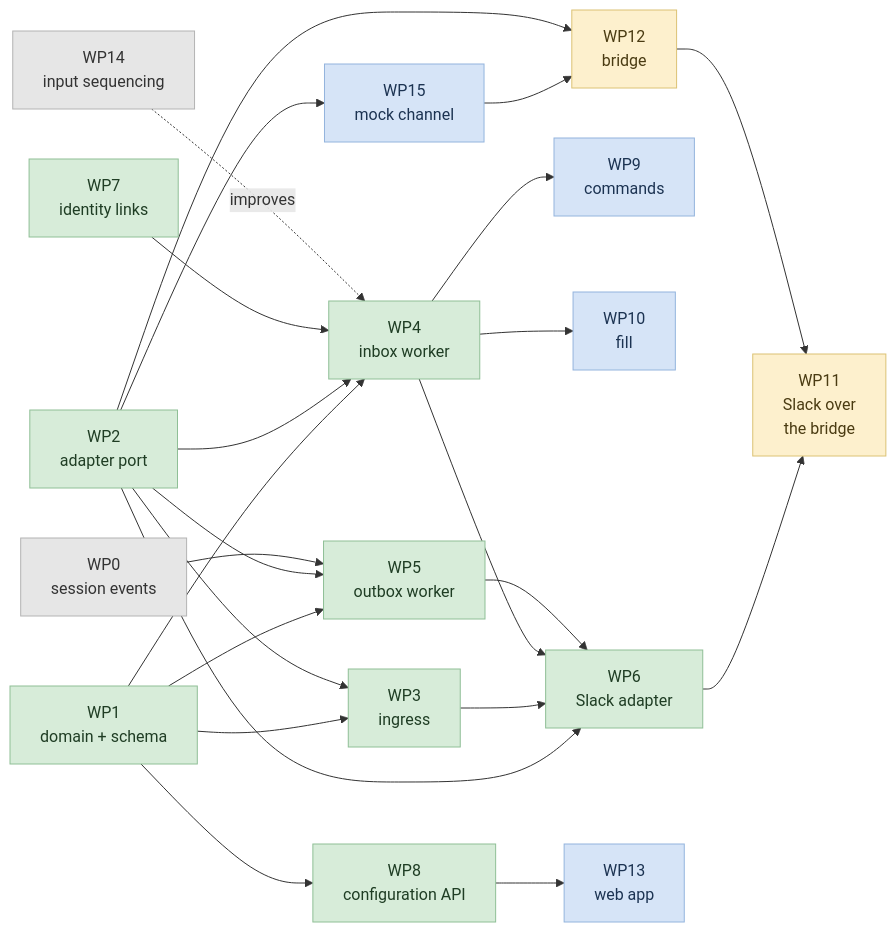
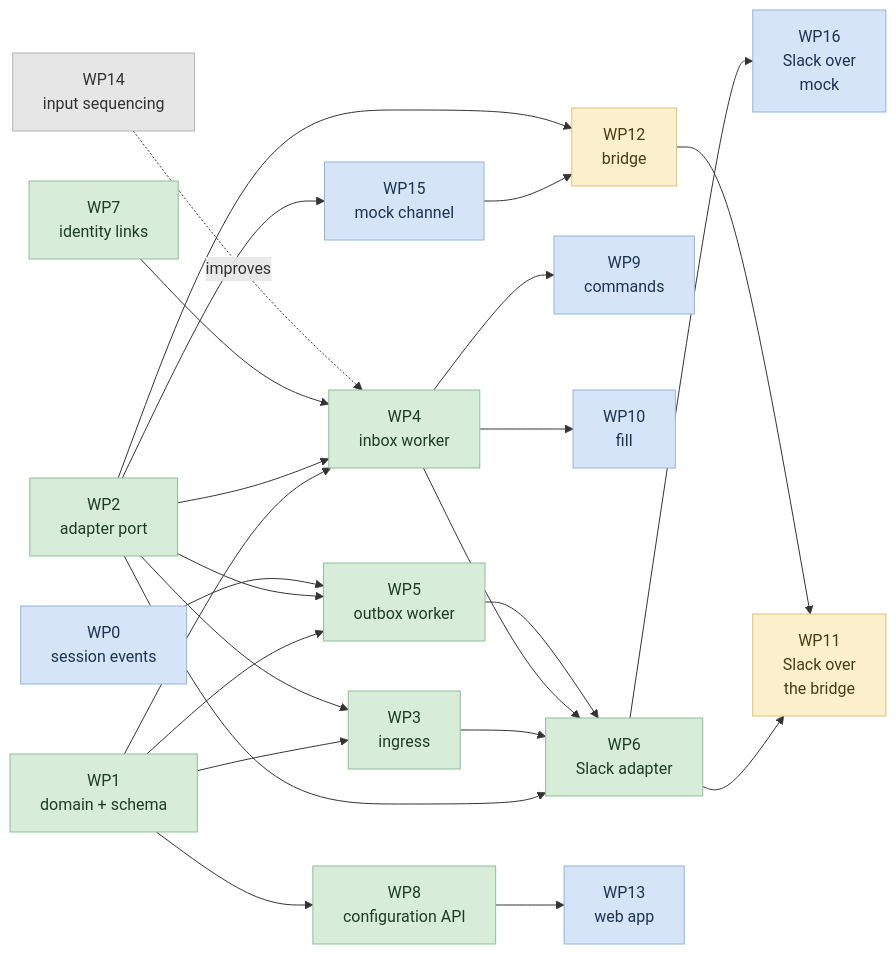
The diagram in docs/design/channels-research/v2/plan.md (Agenta-AI/agenta), drawn with Mermaid before and after one commit. The commit also changed other lines of this file and 5 other files, not shown here.

````diff
--- a/docs/design/channels-research/v2/plan.md
+++ b/docs/design/channels-research/v2/plan.md
@@ -18,52 +18,54 @@
 ```mermaid
 flowchart LR
     WP0["WP0<br/>session events"]
     WP1["WP1<br/>domain + schema"]
     WP2["WP2<br/>adapter port"]
     WP3["WP3<br/>ingress"]
     WP4["WP4<br/>inbox worker"]
     WP5["WP5<br/>outbox worker"]
     WP6["WP6<br/>Slack adapter"]
     WP7["WP7<br/>identity links"]
     WP8["WP8<br/>configuration API"]
     WP9["WP9<br/>commands"]
     WP10["WP10<br/>fill"]
     WP11["WP11<br/>Slack over<br/>the bridge"]
     WP12["WP12<br/>bridge"]
     WP13["WP13<br/>web app"]
     WP14["WP14<br/>input sequencing"]
     WP15["WP15<br/>mock channel"]
+    WP16["WP16<br/>Slack over<br/>mock"]
 
     WP1 --> WP3
     WP1 --> WP4
     WP1 --> WP5
     WP2 --> WP3
     WP2 --> WP4
     WP2 --> WP5
     WP2 --> WP6
     WP0 --> WP5
     WP3 --> WP6
     WP4 --> WP6
     WP5 --> WP6
     WP7 --> WP4
     WP1 --> WP8
     WP4 --> WP9
     WP4 --> WP10
     WP2 --> WP15
     WP15 --> WP12
+    WP6 --> WP16
     WP2 --> WP12
     WP6 --> WP11
     WP12 --> WP11
     WP8 --> WP13
     WP14 -.->|improves| WP4
 
     classDef done fill:#d7ecd9,stroke:#8fbf96,color:#1f3d24
     classDef next fill:#d6e4f7,stroke:#93b4dd,color:#1c3352
     classDef later fill:#fdf0cd,stroke:#dcc274,color:#4a3b12
     classDef apart fill:#e6e6e6,stroke:#b3b3b3,color:#333333
 
     class WP1,WP2,WP3,WP4,WP5,WP6,WP7,WP8 done
-    class WP15,WP9,WP10,WP13 next
+    class WP0,WP15,WP16,WP9,WP10,WP13 next
     class WP11,WP12 later
-    class WP0,WP14 apart
+    class WP14 apart
 ```
````
